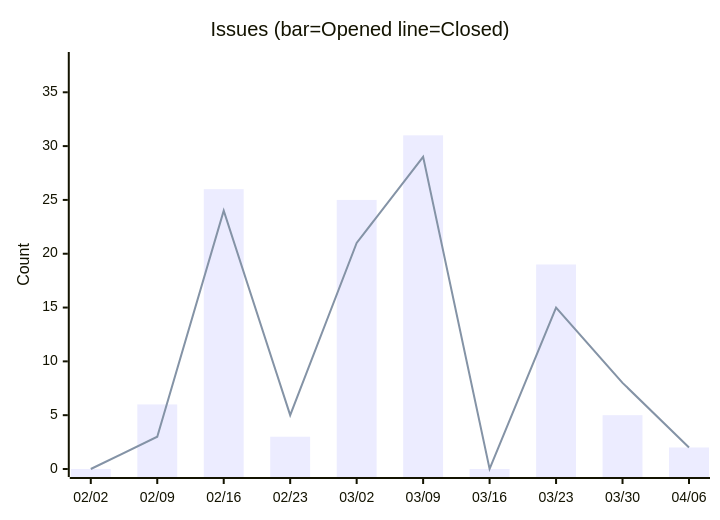
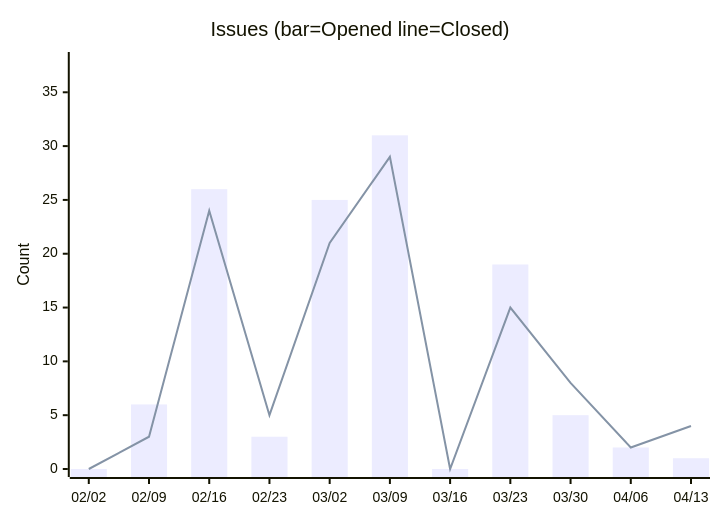
Before and after one commit to nablarch/nabledge-dev: the fifth of 14 diagrams in docs/metrics.md, drawn with Mermaid. The commit also changed other lines of this file and 2 other files, not shown here.

````diff
--- a/docs/metrics.md
+++ b/docs/metrics.md
@@ -91,8 +91,8 @@
 ```mermaid
 xychart-beta
   title "Issues (bar=Opened  line=Closed)"
-  x-axis ["02/02", "02/09", "02/16", "02/23", "03/02", "03/09", "03/16", "03/23", "03/30", "04/06"]
+  x-axis ["02/02", "02/09", "02/16", "02/23", "03/02", "03/09", "03/16", "03/23", "03/30", "04/06", "04/13"]
   y-axis "Count" 0 --> 38
-  bar [0, 6, 26, 3, 25, 31, 0, 19, 5, 2]
-  line [0, 3, 24, 5, 21, 29, 0, 15, 8, 2]
+  bar [0, 6, 26, 3, 25, 31, 0, 19, 5, 2, 1]
+  line [0, 3, 24, 5, 21, 29, 0, 15, 8, 2, 4]
 ```
````
